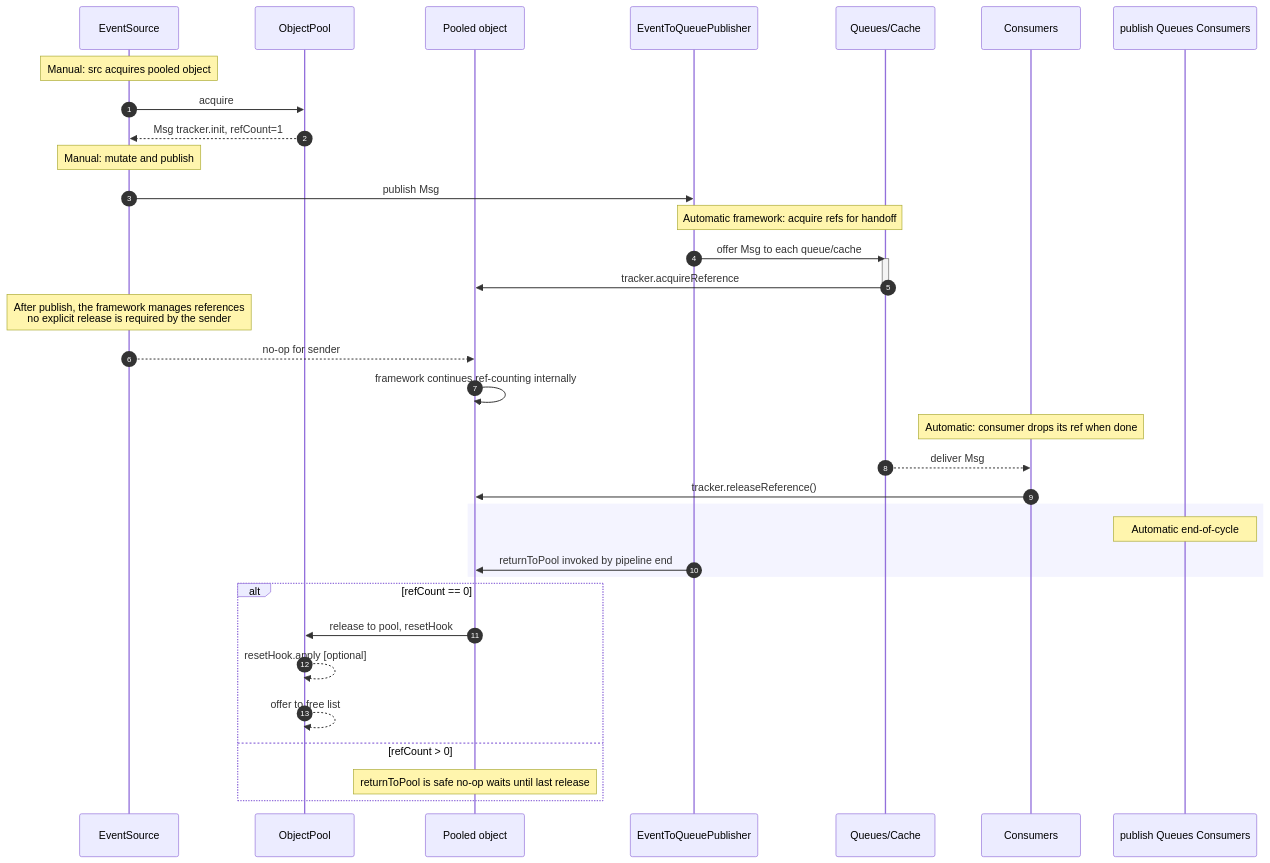
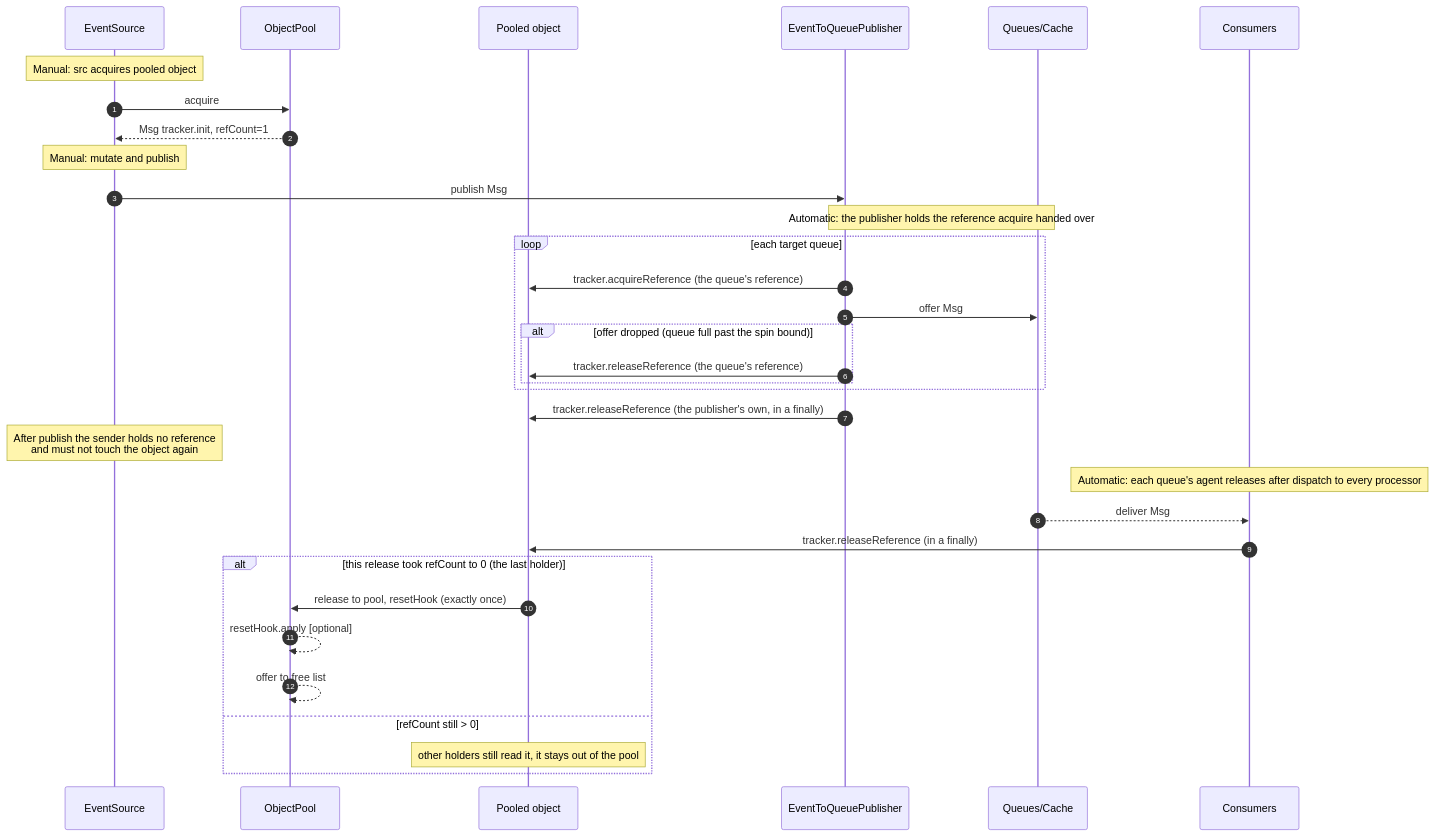
The second of 3 diagrams in docs/architecture/object_pooling.md (telaminai/mongoose), drawn with Mermaid before and after one commit. The commit also changed other lines of this file and 2 other files, not shown here.

Commit message:
docs(pool): describe the last-release model and the ABA limit of a late release
object_pooling.md (sequence diagram, checklist, flowchart) and
how-to-object-pool.md no longer describe an end-of-cycle returnToPool; the
object returns on the release that takes the count to zero. PoolTracker's
releaseReference javadoc says a late release is a no-op only until the object
is re-acquired.

````diff
--- a/docs/architecture/object_pooling.md
+++ b/docs/architecture/object_pooling.md
@@ -97,44 +97,41 @@
 ```mermaid
 sequenceDiagram
     autonumber
     participant Src as EventSource 
     participant Pool as ObjectPool
     participant Msg as Pooled object 
     participant Pub as EventToQueuePublisher
     participant Q as Queues/Cache
     participant C as Consumers
 
     note over Src: Manual: src acquires pooled object
     Src->>Pool: acquire
     Pool-->>Src: Msg tracker.init, refCount=1
 
     note over Src: Manual: mutate and publish
     Src->>Pub: publish Msg
 
-    note over Pub,Q: Automatic framework: acquire refs for handoff
-    Pub->>Q: offer Msg to each queue/cache
-    activate Q
-    Q->>Msg: tracker.acquireReference
-    deactivate Q
+    note over Pub,Q: Automatic: the publisher holds the reference acquire handed over
+    loop each target queue
+        Pub->>Msg: tracker.acquireReference (the queue's reference)
+        Pub->>Q: offer Msg
+        alt offer dropped (queue full past the spin bound)
+            Pub->>Msg: tracker.releaseReference (the queue's reference)
+        end
+    end
+    Pub->>Msg: tracker.releaseReference (the publisher's own, in a finally)
 
-    note over Src: After publish, the framework manages references<br> no explicit release is required by the sender
-    Src-->>Msg: no-op for sender
-    Msg->>Msg: framework continues ref-counting internally
+    note over Src: After publish the sender holds no reference<br> and must not touch the object again
 
-    note over C: Automatic: consumer drops its ref when done
+    note over C: Automatic: each queue's agent releases after dispatch to every processor
     Q-->>C: deliver Msg
-    C->>Msg: tracker.releaseReference()
+    C->>Msg: tracker.releaseReference (in a finally)
 
-    rect rgba(200, 200, 255, 0.2)
-    note over publish Queues Consumers: Automatic end-of-cycle
-    Pub->>Msg: returnToPool invoked by pipeline end
-    end
-
-    alt refCount == 0
-        Msg->>Pool: release to pool, resetHook
+    alt this release took refCount to 0 (the last holder)
+        Msg->>Pool: release to pool, resetHook (exactly once)
         Pool-->>Pool: resetHook.apply  [optional]
-        Pool-->>Pool: offer to free list 
-    else refCount > 0
-        note over Msg: returnToPool is safe no-op waits until last release
+        Pool-->>Pool: offer to free list
+    else refCount still > 0
+        note over Msg: other holders still read it, it stays out of the pool
     end
 ```
````
